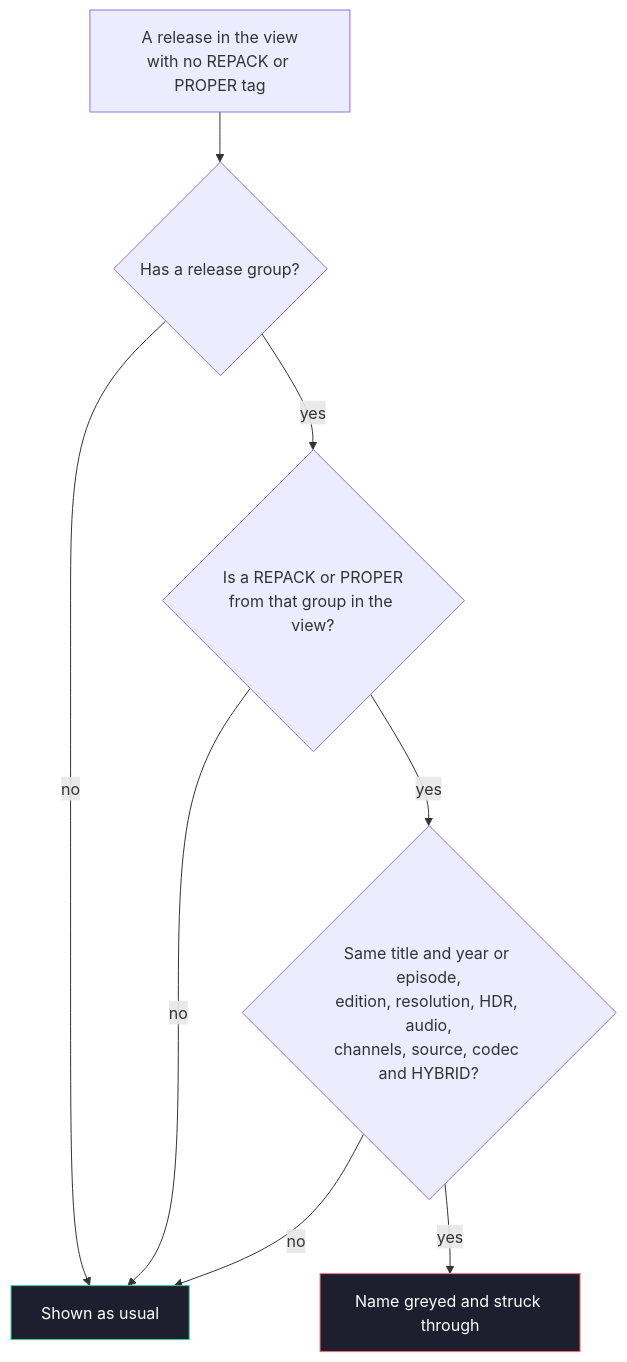
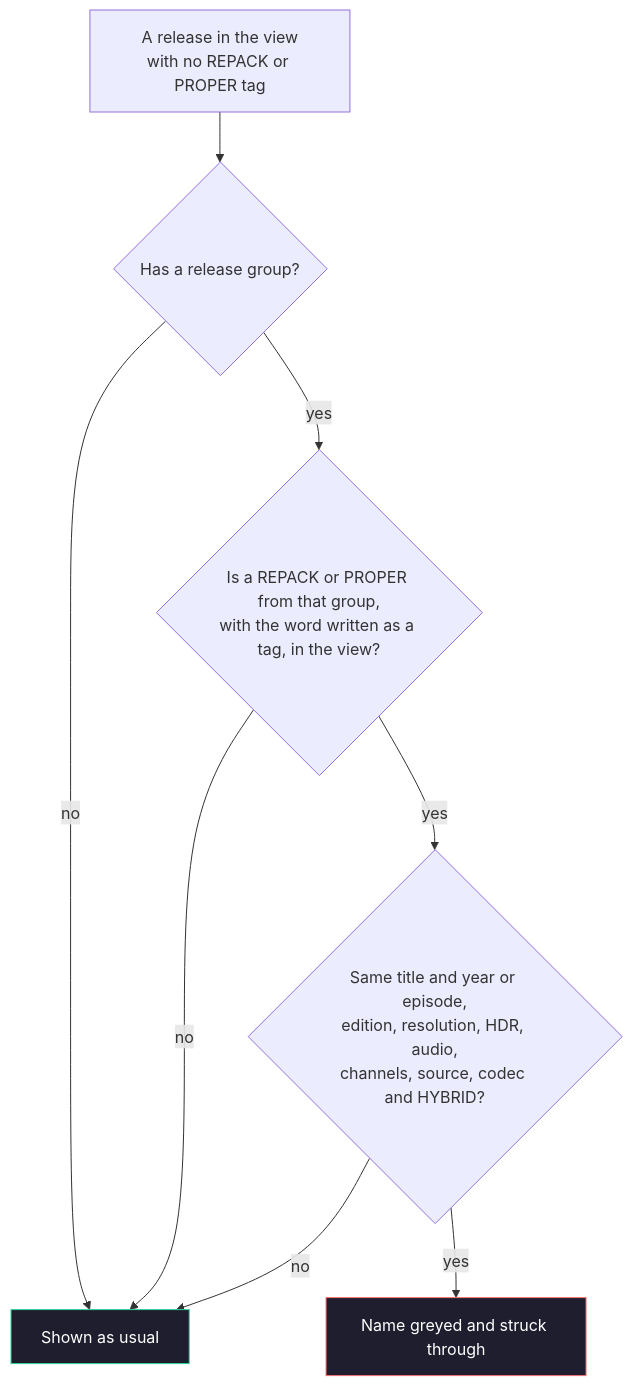
One commit to Appz4Fun/NeNeTeePee-Stream-Kodi changed the diagram in docs-site/features/quality-filtering.md. Above: the diagram before and after it, drawn with Mermaid. The commit also changed other lines of this file and 2 other files, not shown here.

First line of the commit message:
Tell a tag from a title word in names with no resolution or one case

````diff
--- a/docs-site/features/quality-filtering.md
+++ b/docs-site/features/quality-filtering.md
@@ -452,14 +454,14 @@
 ```mermaid
 flowchart TD
     A[A release in the view<br/>with no REPACK or PROPER tag] --> B{Has a release group?}
     B -->|no| KEEP[Shown as usual]
-    B -->|yes| C{Is a REPACK or PROPER<br/>from that group in the view?}
+    B -->|yes| C{Is a REPACK or PROPER from that group,<br/>with the word written as a tag, in the view?}
     C -->|no| KEEP
     C -->|yes| D{Same title and year or episode,<br/>edition, resolution, HDR, audio,<br/>channels, source, codec and HYBRID?}
     D -->|no| KEEP
     D -->|yes| STRIKE[Name greyed and struck through]
     classDef keep fill:#1E1E2E,stroke:#34D399,color:#FFFFFF
     classDef strike fill:#1E1E2E,stroke:#F87171,color:#FFFFFF
     class KEEP keep
     class STRIKE strike
 ```
````
